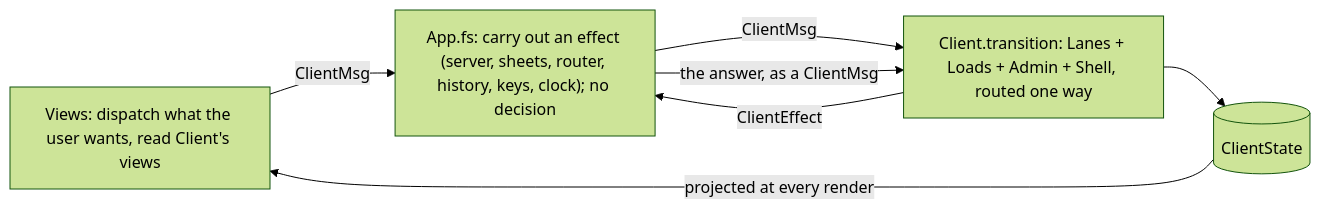
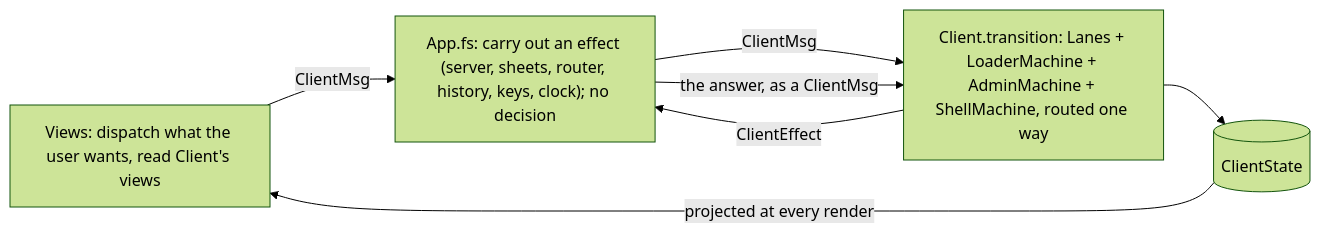
Before and after one commit to informedica/GenPRES: the diagram in docs/implementation-plans/1224-the-app-as-wiring.md, drawn with Mermaid (forest theme). The commit also changed other lines of this file, not shown here.

First line of the commit message:
docs(client): name the new machines after the old

````diff
--- a/docs/implementation-plans/1224-the-app-as-wiring.md
+++ b/docs/implementation-plans/1224-the-app-as-wiring.md
@@ -19,14 +19,14 @@
 ```mermaid
 flowchart LR
     View["Views: dispatch what the user wants, read Client's views"]
     App["App.fs: carry out an effect (server, sheets, router, history, keys, clock); no decision"]
-    Client["Client.transition: Lanes + Loads + Admin + Shell, routed one way"]
+    Client["Client.transition: Lanes + LoaderMachine + AdminMachine + ShellMachine, routed one way"]
     State[("ClientState")]
 
     View -- "ClientMsg" --> App
     App -- "ClientMsg" --> Client
     Client --> State
     Client -- "ClientEffect" --> App
     App -- "the answer, as a ClientMsg" --> Client
     State -- "projected at every render" --> View
 ```
````
